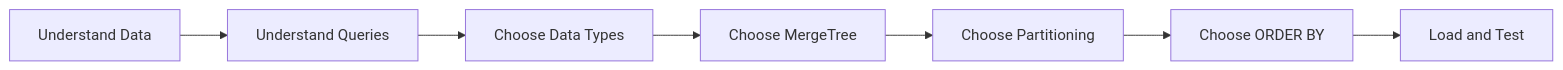
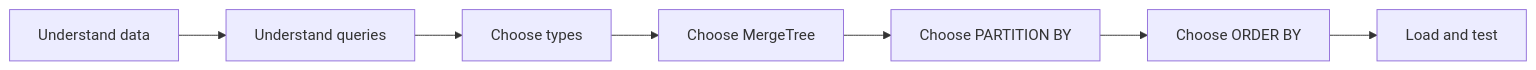
Before and after one commit to atingupta2005/clickhouse-grafana-analytics-reporting: the ninth of 10 diagrams in sessions/01-architecture-and-data-modeling/notes.md, drawn with Mermaid. The commit also changed other lines of this file and 9 other files, not shown here.

First line of the commit message:
Add Session 01 colorful SVG diagrams and richer Mermaid.

````diff
--- a/sessions/01-architecture-and-data-modeling/notes.md
+++ b/sessions/01-architecture-and-data-modeling/notes.md
@@ -451,9 +525,9 @@
 ```mermaid
 flowchart LR
-    A[Understand Data] --> B[Understand Queries]
-    B --> C[Choose Data Types]
+    A[Understand data] --> B[Understand queries]
+    B --> C[Choose types]
     C --> D[Choose MergeTree]
-    D --> E[Choose Partitioning]
+    D --> E[Choose PARTITION BY]
     E --> F[Choose ORDER BY]
-    F --> G[Load and Test]
+    F --> G[Load and test]
 ```
````
